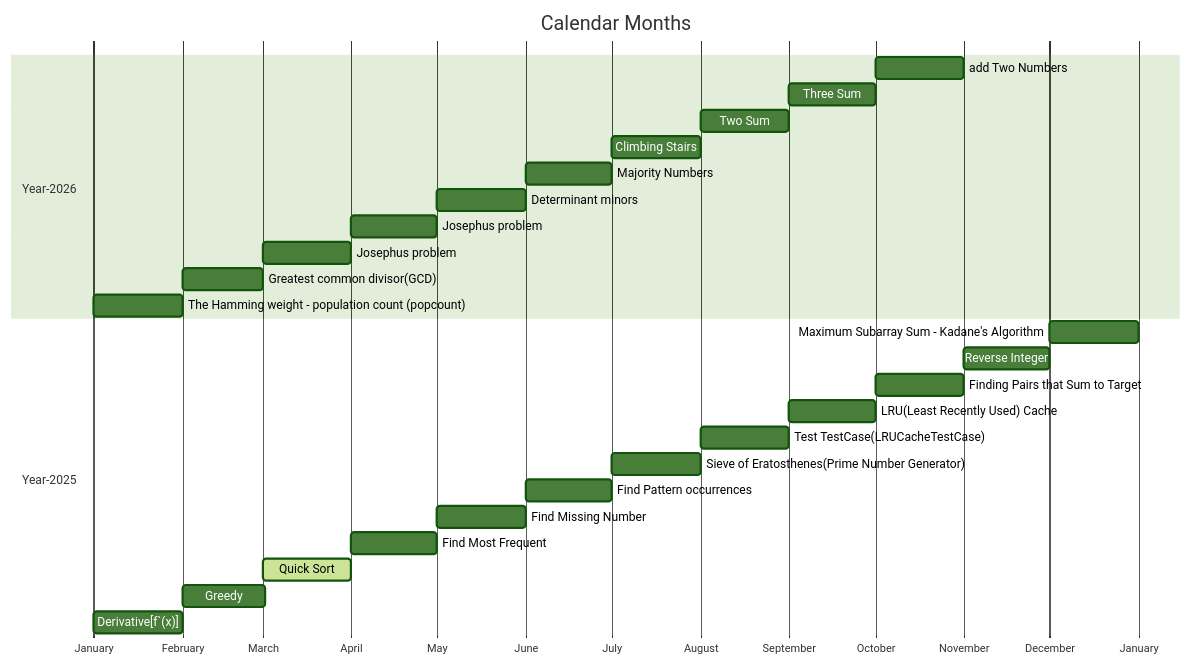
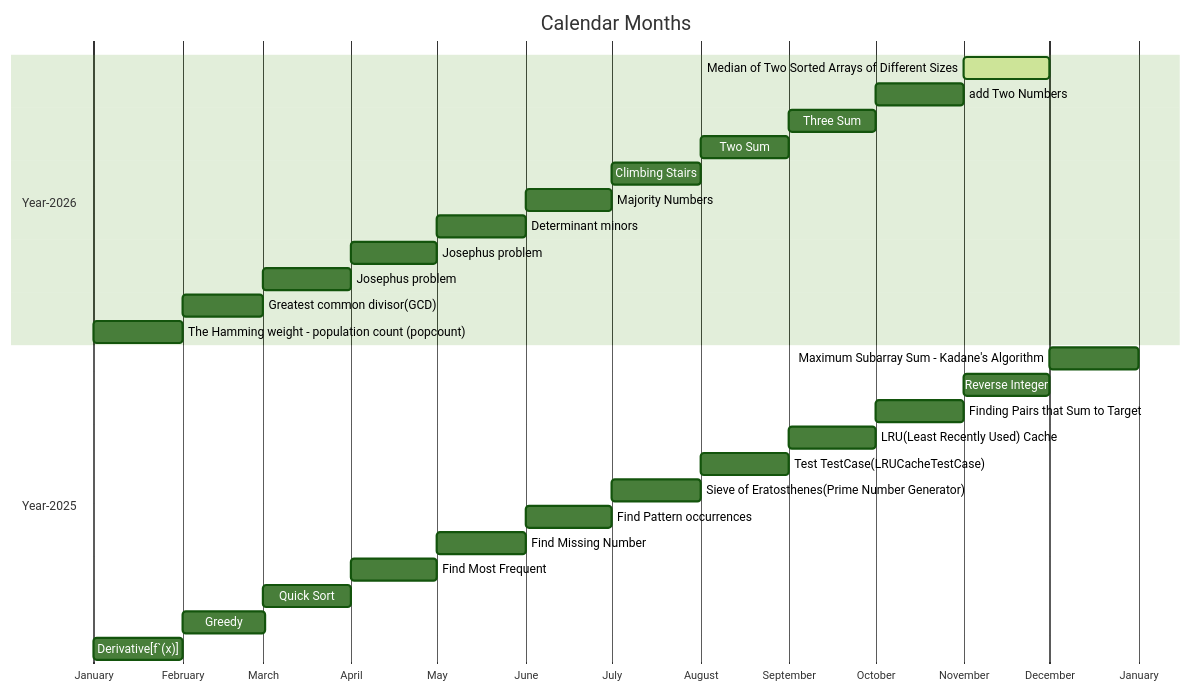
Before and after one commit to softtiny/docs.calendar: the diagram in src/calendar.md, drawn with Mermaid (forest theme). The commit also changed 2 other files, not shown here.

````diff
--- a/src/calendar.md
+++ b/src/calendar.md
@@ -2,31 +2,32 @@
 ```mermaid
 
 gantt
     title Calendar Months
     dateFormat MM-DD
     axisFormat %B
     section Year-2026
+        Median of Two Sorted Arrays of Different Sizes: active, 11-01, 30d
         add Two Numbers: 10-01, 31d
         Three Sum: 09-01, 30d
         Two Sum: 08-01, 31d
         Climbing Stairs: 07-01, 31d
         Majority Numbers: 06-01, 30d
         Determinant minors: 05-01, 31d
         Josephus problem: 04-01, 30d
         Josephus problem: 03-01, 31d
         Greatest common divisor(GCD): 02-01, 28d
         The Hamming weight - population count (popcount): 01-01, 31d
     section Year-2025
         Maximum Subarray Sum - Kadane's Algorithm:12-01, 31d
         Reverse Integer:11-01, 30d
         Finding Pairs that Sum to Target :10-01, 31d
         LRU(Least Recently Used) Cache :09-01, 30d
         Test TestCase(LRUCacheTestCase) :08-01, 31d
         Sieve of Eratosthenes(Prime Number Generator)    :07-01, 31d
         Find Pattern occurrences :06-01, 30d
         Find Missing Number :05-01, 31d
         Find Most Frequent :04-01, 30d
-        Quick Sort      :active, 03-01, 31d
+        Quick Sort      :03-01, 31d
         Greedy          :02-01, 29d
         Derivative[f`(x)]          :01-01, 31d
 ```
````
